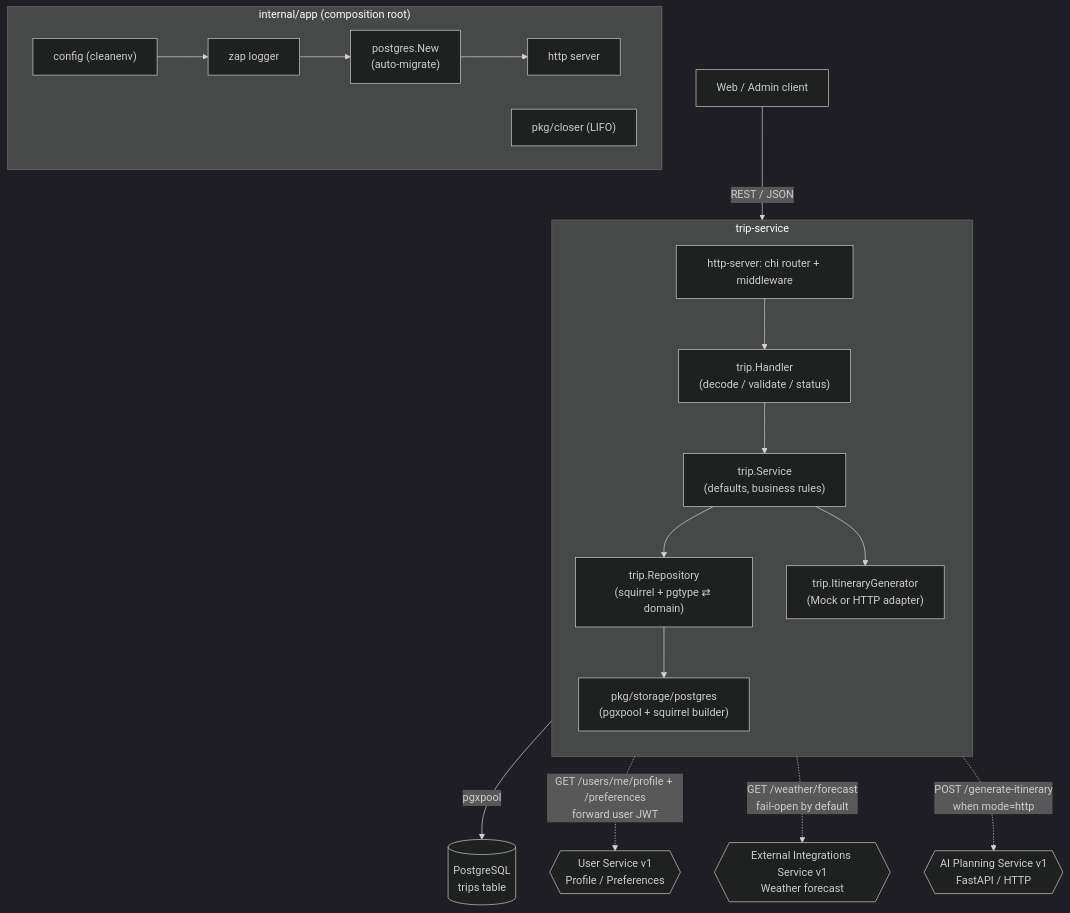
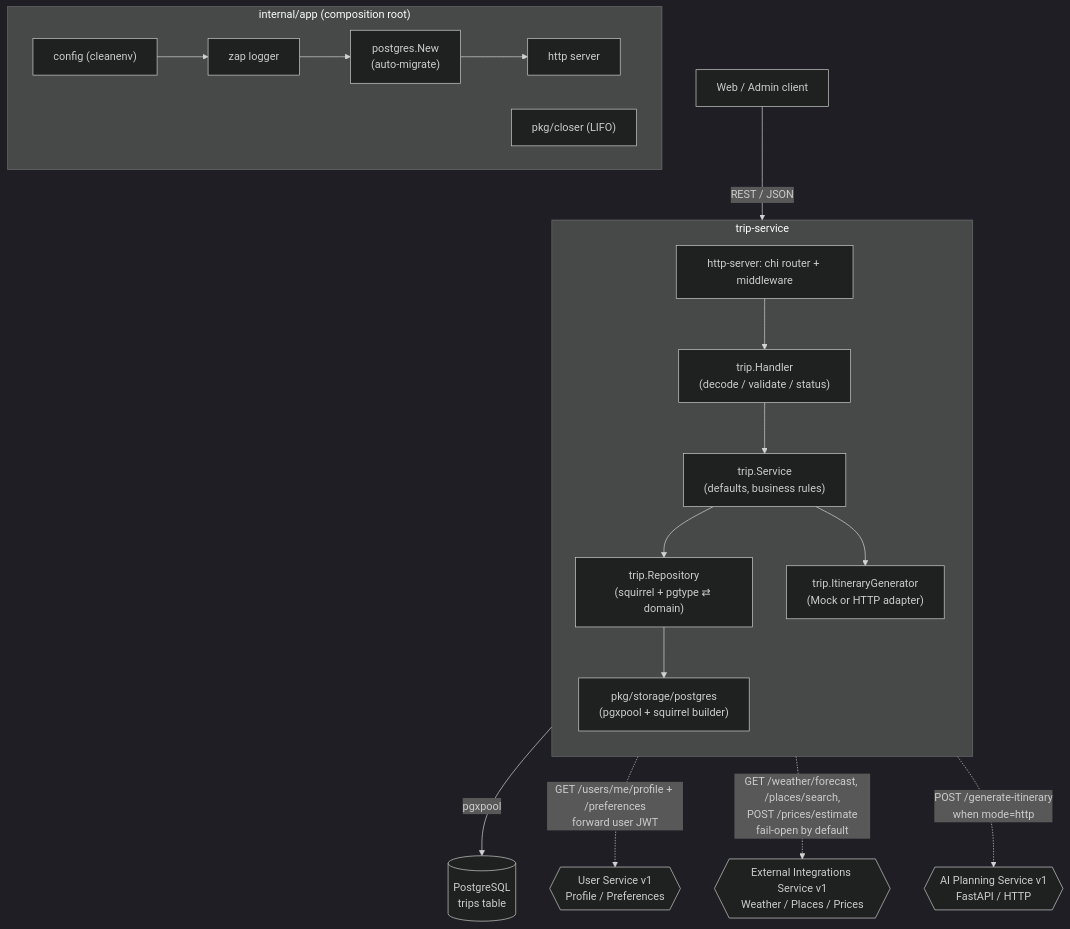
One commit to KovalenkoDima236961/Travel_Ai_App changed the diagram in services/trip-service/README.md. Above: the diagram before and after it, drawn with Mermaid (dark theme). The commit also changed other lines of this file and 49 other files, not shown here.

````diff
--- a/services/trip-service/README.md
+++ b/services/trip-service/README.md
@@ -396,30 +397,30 @@
 ```mermaid
 flowchart TD
     Client["Web / Admin client"]
 
     subgraph TS["trip-service"]
         direction TB
         RT["http-server: chi router + middleware"]
         TH["trip.Handler\n(decode / validate / status)"]
         SV["trip.Service\n(defaults, business rules)"]
         GEN["trip.ItineraryGenerator\n(Mock or HTTP adapter)"]
         RP["trip.Repository\n(squirrel + pgtype ⇄ domain)"]
         PGPKG["pkg/storage/postgres\n(pgxpool + squirrel builder)"]
     end
 
     PG[("PostgreSQL\ntrips table")]
 AI{{"AI Planning Service v1\nFastAPI / HTTP"}}
     US{{"User Service v1\nProfile / Preferences"}}
-    EX{{"External Integrations Service v1\nWeather forecast"}}
+    EX{{"External Integrations Service v1\nWeather / Places / Prices"}}
 
     Client -->|"REST / JSON"| RT --> TH --> SV --> RP --> PGPKG -->|"pgxpool"| PG
     SV --> GEN
     SV -.->|"GET /users/me/profile + /preferences\nforward user JWT"| US
-    SV -.->|"GET /weather/forecast\nfail-open by default"| EX
+    SV -.->|"GET /weather/forecast, /places/search,\nPOST /prices/estimate\nfail-open by default"| EX
     GEN -.->|"POST /generate-itinerary\nwhen mode=http"| AI
 
     subgraph BOOT["internal/app (composition root)"]
         CFG["config (cleanenv)"] --> LOG["zap logger"] --> DB["postgres.New\n(auto-migrate)"] --> SRV["http server"]
         CL["pkg/closer (LIFO)"]
     end
 ```
````
